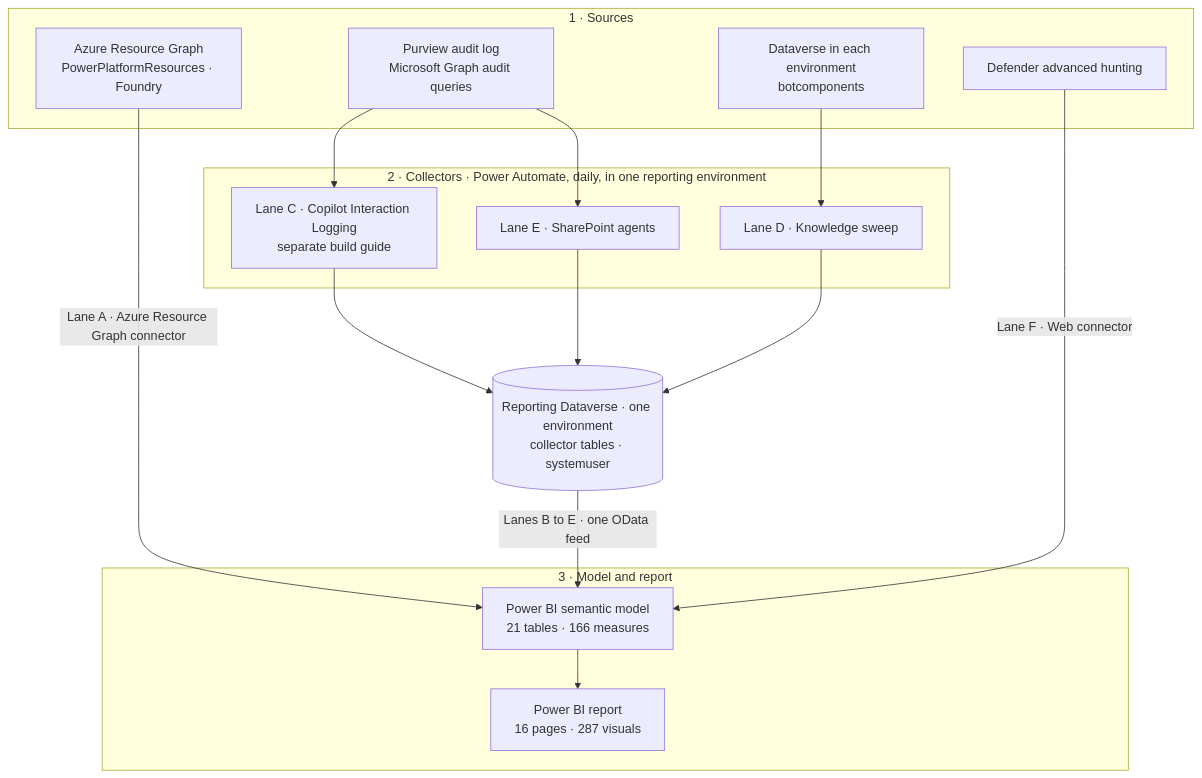
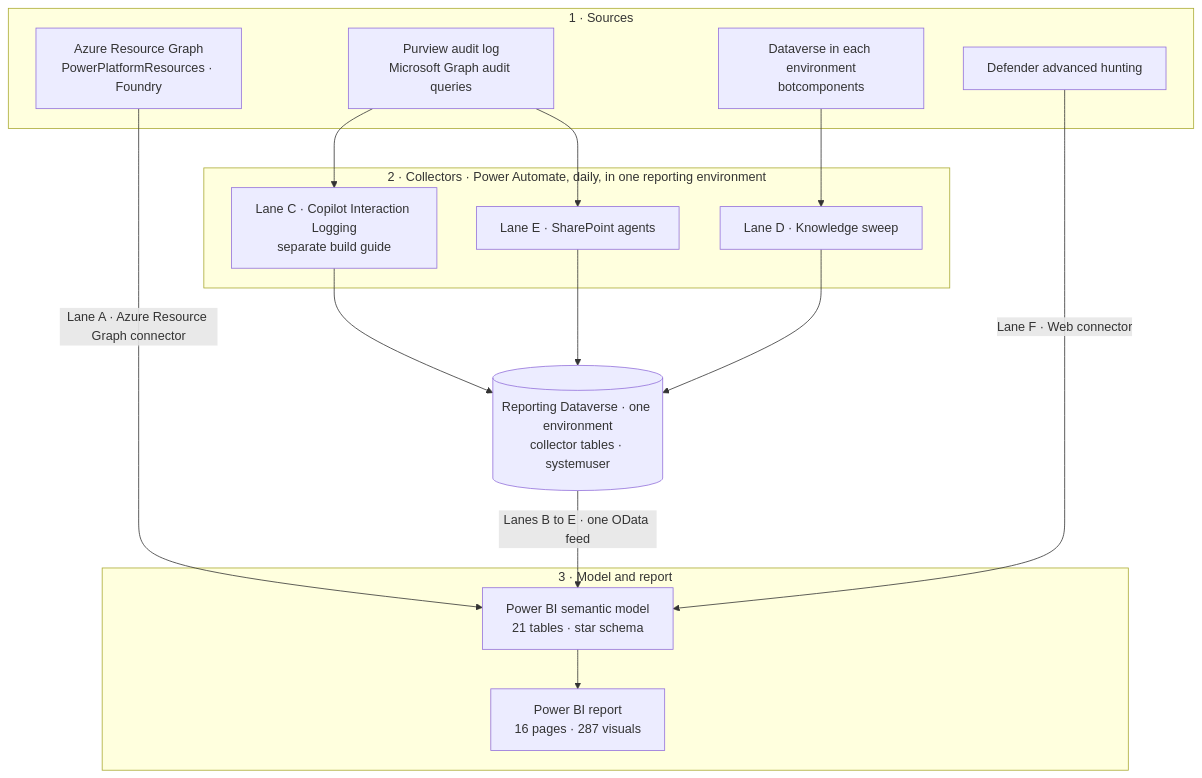
One commit to RyanBowie/custom-agent-reporting-architecture changed the diagram in README.md. Above: the diagram before and after it, drawn with Mermaid. The commit also changed 1 other file, not shown here.

Commit message:
Drop measure counts from the architecture page and README
The PBIX isn't shared, so the number of measures and their display
folders say nothing useful to a reader.

- Replace "166 measures" in the hero diagram, main diagram and README
  diagram with "star schema".
- Swap the measures fact chip for "One Dataverse feed".
- Describe the Metrics table by its role rather than its contents.

Copilot-Session: dd6b1417-f374-4d6a-9713-c0964fbd6554

````diff
--- a/README.md
+++ b/README.md
@@ -40,29 +40,29 @@
 ```mermaid
 flowchart TB
   subgraph S["1 · Sources"]
     ARG["Azure Resource Graph<br/>PowerPlatformResources · Foundry"]
     AUD["Purview audit log<br/>Microsoft Graph audit queries"]
     ENV["Dataverse in each environment<br/>botcomponents"]
     DEF["Defender advanced hunting"]
   end
   subgraph C["2 · Collectors · Power Automate, daily, in one reporting environment"]
     LC["Lane C · Copilot Interaction Logging<br/>separate build guide"]
     LE["Lane E · SharePoint agents"]
     LD["Lane D · Knowledge sweep"]
   end
   STORE[("Reporting Dataverse · one environment<br/>collector tables · systemuser")]
   subgraph M["3 · Model and report"]
-    SM["Power BI semantic model<br/>21 tables · 166 measures"]
+    SM["Power BI semantic model<br/>21 tables · star schema"]
     RPT["Power BI report<br/>16 pages · 287 visuals"]
   end
   AUD --> LC
   AUD --> LE
   ENV --> LD
   LC --> STORE
   LE --> STORE
   LD --> STORE
   ARG -- "Lane A · Azure Resource Graph connector" --> SM
   STORE -- "Lanes B to E · one OData feed" --> SM
   DEF -- "Lane F · Web connector" --> SM
   SM --> RPT
 ```
````
